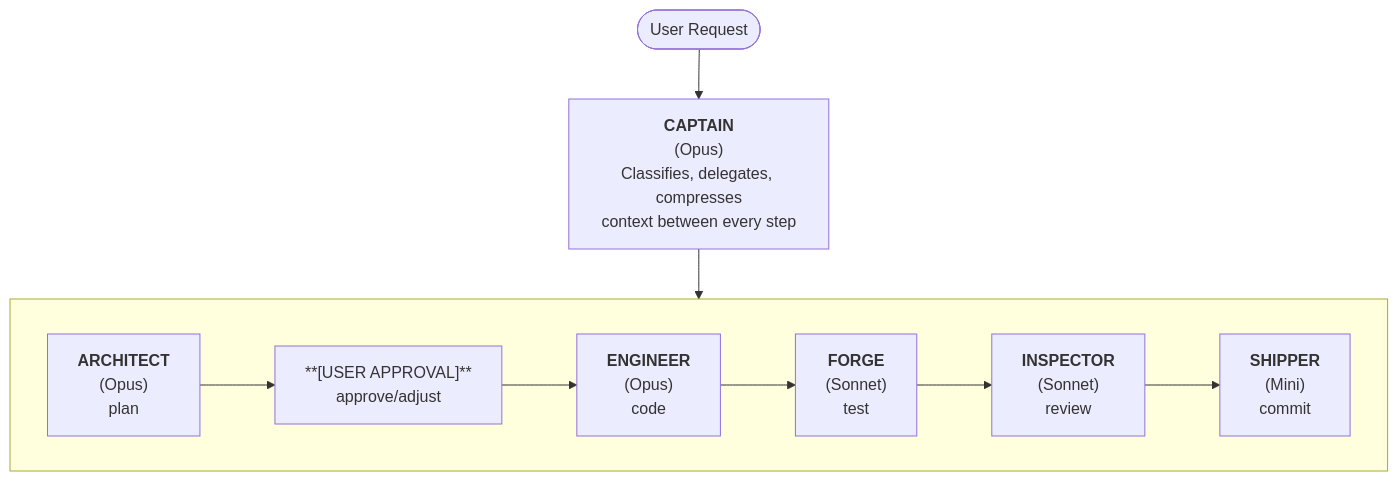
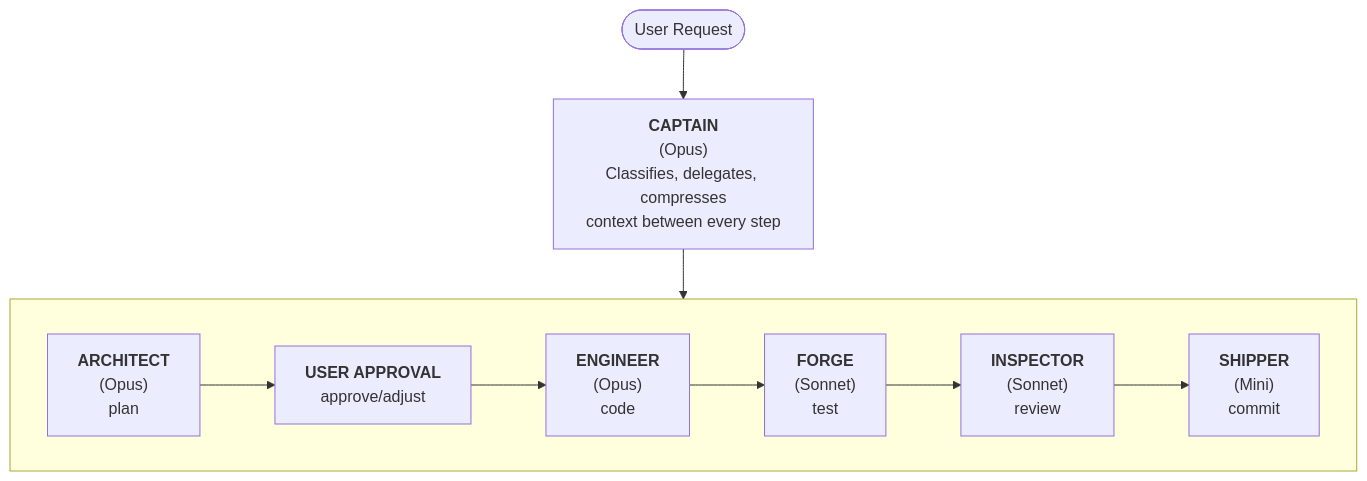
The third of 5 diagrams in README.md (san3jaya/agent-team-pipeline), drawn with Mermaid before and after one commit.

Commit message:
Bold user approval text in execution pipeline diagram

````diff
--- a/README.md
+++ b/README.md
@@ -65,17 +65,17 @@
 ```mermaid
 graph TD
     UserRequest([User Request]) --> Captain
 
     Captain["<b>CAPTAIN</b><br/>(Opus)<br/>Classifies, delegates, compresses<br/>context between every step"]
 
     Captain --> Architect
     
     subgraph Execution_Pipeline [" "]
         direction LR
-        Architect["<b>ARCHITECT</b><br/>(Opus)<br/>plan"] --> UserApproval["**[USER APPROVAL]**<br/>approve/adjust"]
+        Architect["<b>ARCHITECT</b><br/>(Opus)<br/>plan"] --> UserApproval["<b>USER APPROVAL</b><br/>approve/adjust"]
         UserApproval --> Engineer["<b>ENGINEER</b><br/>(Opus)<br/>code"]
         Engineer --> Forge["<b>FORGE</b><br/>(Sonnet)<br/>test"]
         Forge --> Inspector["<b>INSPECTOR</b><br/>(Sonnet)<br/>review"]
         Inspector --> Shipper["<b>SHIPPER</b><br/>(Mini)<br/>commit"]
     end
 ```
````
